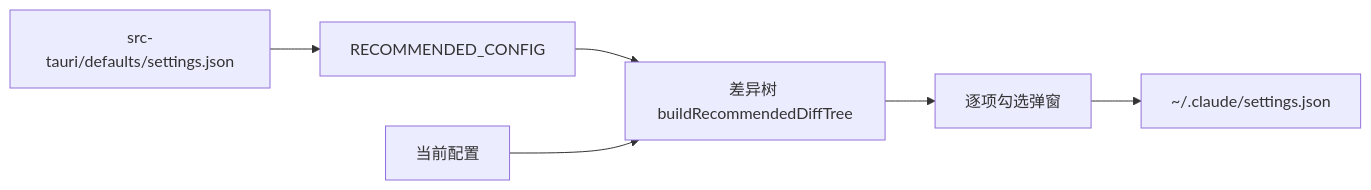
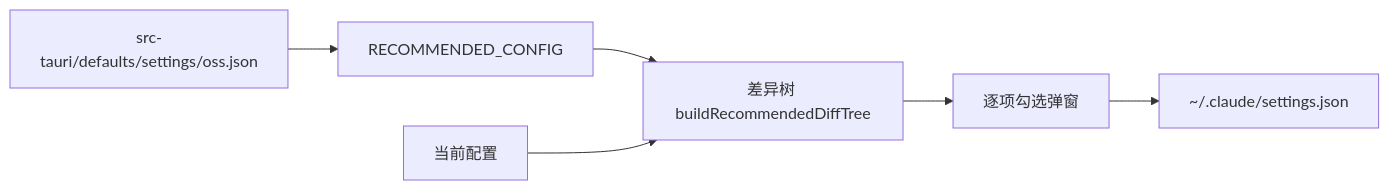
One commit to lazygophers/aidog changed the diagram in docs/docs/zh/features/recommended-claude-code.mdx. Above: the diagram before and after it, drawn with Mermaid. The commit also changed other lines of this file and 8 other files, not shown here.

````diff
--- a/docs/docs/zh/features/recommended-claude-code.mdx
+++ b/docs/docs/zh/features/recommended-claude-code.mdx
@@ -10,8 +10,8 @@
 ```mermaid
 flowchart LR
-  A["src-tauri/defaults/settings.json"] --> B["RECOMMENDED_CONFIG"]
+  A["src-tauri/defaults/settings/oss.json"] --> B["RECOMMENDED_CONFIG"]
   B --> C["差异树 buildRecommendedDiffTree"]
   D["当前配置"] --> C
   C --> E["逐项勾选弹窗"]
   E --> F["~/.claude/settings.json"]
 ```
````
